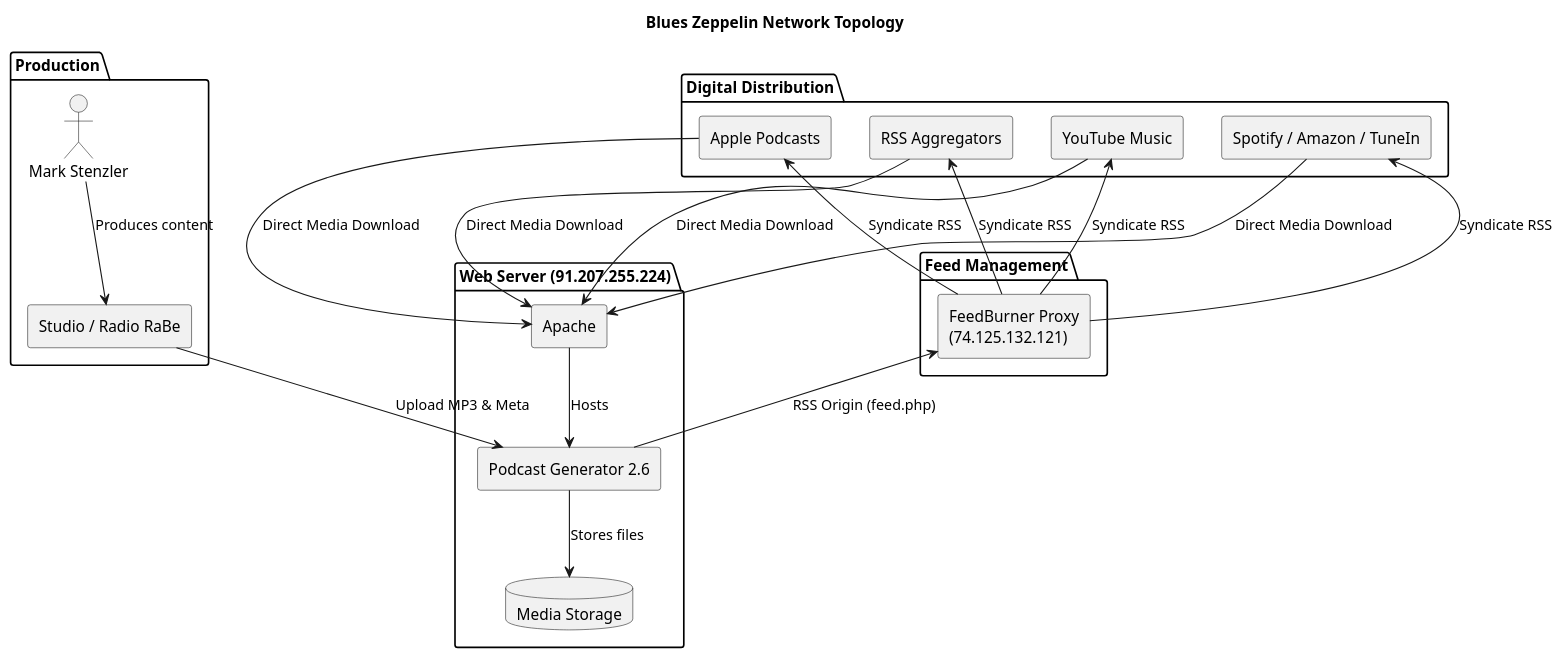
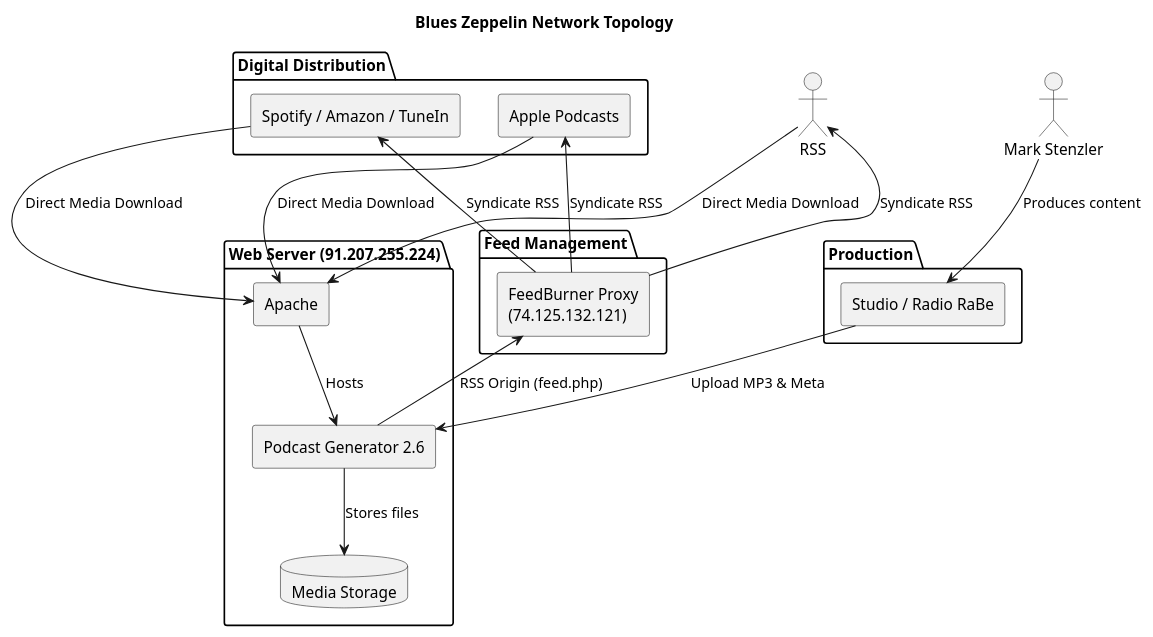
Before and after one commit to chatelao/blueszeppelin-architecture: the diagram in diagrams/topology.puml, drawn with PlantUML.

```diff
--- a/diagrams/topology.puml
+++ b/diagrams/topology.puml
@@ -1,44 +1,39 @@
 @startuml
 title Blues Zeppelin Network Topology
 
 skinparam componentStyle rectangle
 
+actor "Mark Stenzler" as Mark
 package "Production" {
-    actor "Mark Stenzler" as Mark
     [Studio / Radio RaBe] as Studio
 }
 
 package "Web Server (91.207.255.224)" {
     [Apache] as WebServer
     [Podcast Generator 2.6] as PodGen
     database "Media Storage" as Media
 }
 
 package "Feed Management" {
     [FeedBurner Proxy\n(74.125.132.121)] as FB
 }
 
 package "Digital Distribution" {
     [Apple Podcasts] as Apple
-    [YouTube Music] as YouTube
     [Spotify / Amazon / TuneIn] as OtherHubs
-    [RSS Aggregators] as RSS
 }
 
 Mark --> Studio : Produces content
 Studio --> PodGen : Upload MP3 & Meta
 PodGen -down-> Media : Stores files
 WebServer -down-> PodGen : Hosts
 
 PodGen -up-> FB : RSS Origin (feed.php)
 FB -up-> Apple : Syndicate RSS
-FB -up-> YouTube : Syndicate RSS
 FB -up-> OtherHubs : Syndicate RSS
 FB -up-> RSS : Syndicate RSS
 
 Apple -down-> WebServer : Direct Media Download
-YouTube -down-> WebServer : Direct Media Download
 OtherHubs -down-> WebServer : Direct Media Download
 RSS -down-> WebServer : Direct Media Download
-
 @enduml
```
